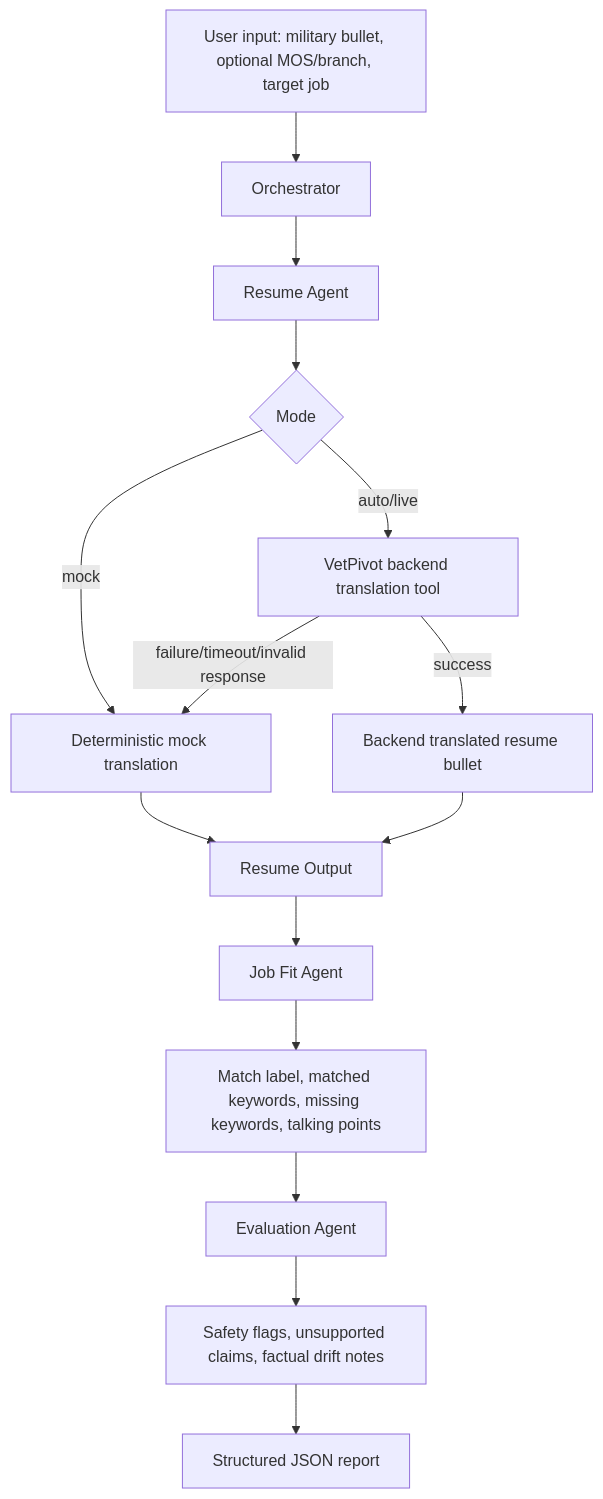
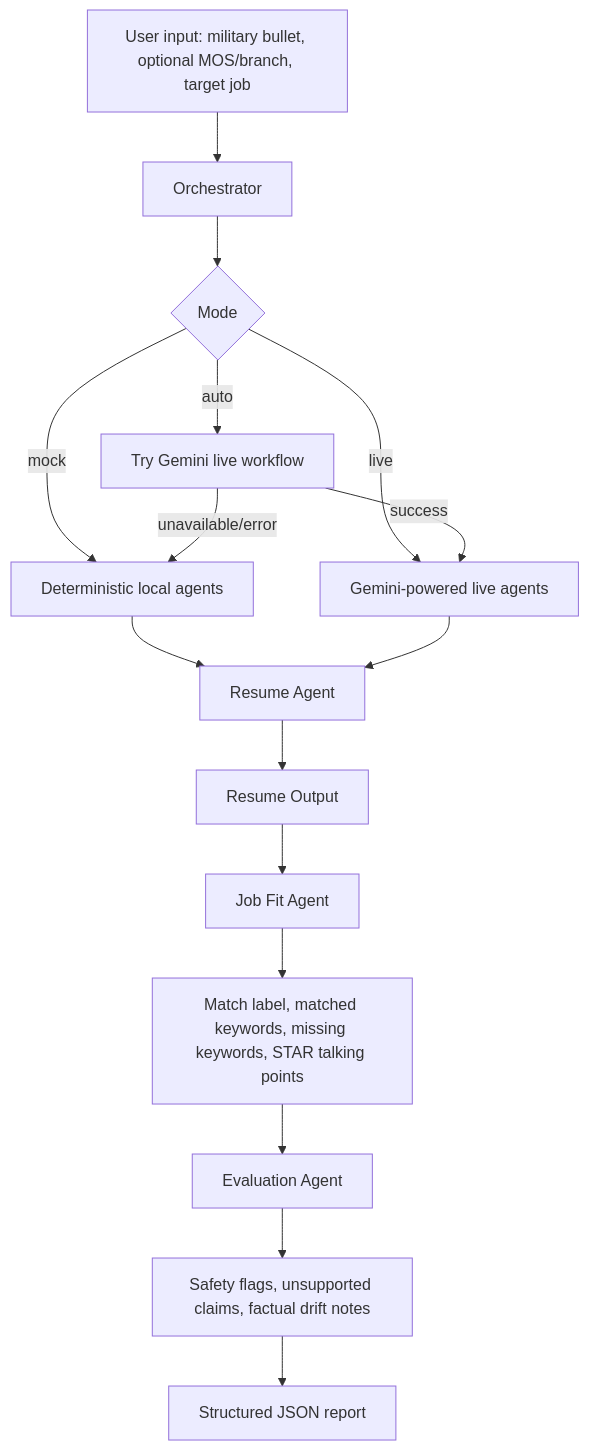
The diagram in README.md (CharlesDdev/vetpivot-career-agent), drawn with Mermaid before and after one commit. The commit also changed other lines of this file and 19 other files, not shown here.

````diff
--- a/README.md
+++ b/README.md
@@ -34,17 +34,18 @@
 ```mermaid
 flowchart TD
     A["User input: military bullet, optional MOS/branch, target job"] --> B["Orchestrator"]
-    B --> C["Resume Agent"]
-    C --> D{"Mode"}
-    D -->|"mock"| E["Deterministic mock translation"]
-    D -->|"auto/live"| F["VetPivot backend translation tool"]
-    F -->|"success"| G["Backend translated resume bullet"]
-    F -->|"failure/timeout/invalid response"| E
-    E --> H["Resume Output"]
-    G --> H
+    B --> C{"Mode"}
+    C -->|"mock"| D["Deterministic local agents"]
+    C -->|"live"| E["Gemini-powered live agents"]
+    C -->|"auto"| F["Try Gemini live workflow"]
+    F -->|"success"| E
+    F -->|"unavailable/error"| D
+    D --> G["Resume Agent"]
+    E --> G
+    G --> H["Resume Output"]
     H --> I["Job Fit Agent"]
-    I --> J["Match label, matched keywords, missing keywords, talking points"]
+    I --> J["Match label, matched keywords, missing keywords, STAR talking points"]
     J --> K["Evaluation Agent"]
     K --> L["Safety flags, unsupported claims, factual drift notes"]
     L --> M["Structured JSON report"]
 ```
````
